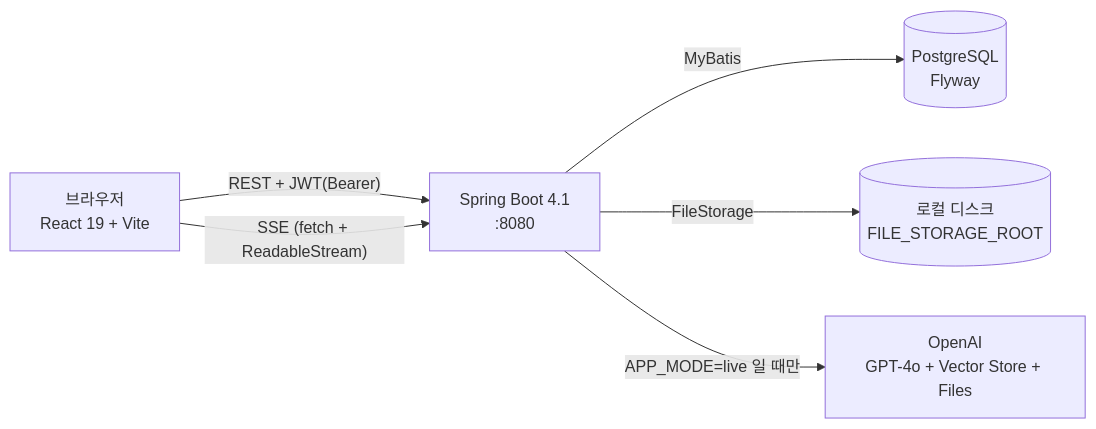
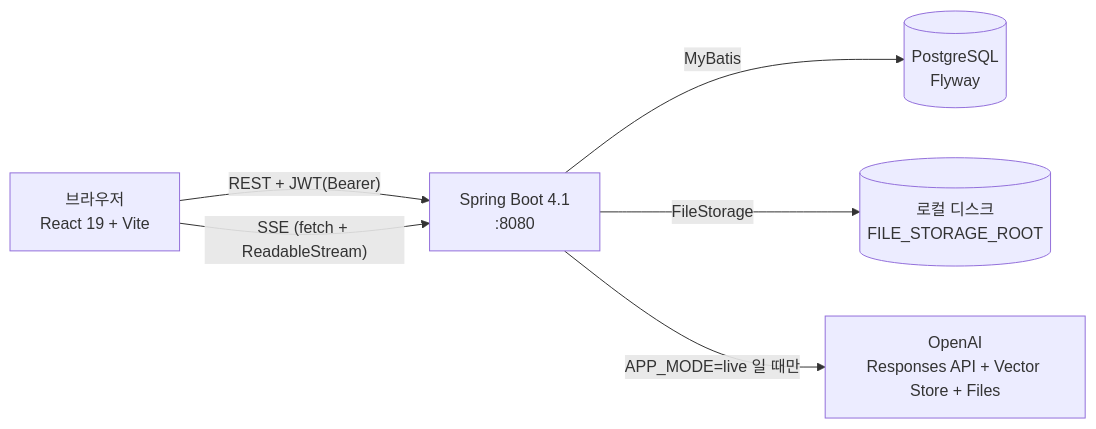
The first of 2 diagrams in docs/02_architecture/overview.md (changs0124/rag-chatbot), drawn with Mermaid before and after one commit. The commit also changed other lines of this file and 16 other files, not shown here.

````diff
--- a/docs/02_architecture/overview.md
+++ b/docs/02_architecture/overview.md
@@ -10,14 +10,14 @@
 ```mermaid
 flowchart LR
   B["브라우저<br/>React 19 + Vite"]
   A["Spring Boot 4.1<br/>:8080"]
   D[("PostgreSQL<br/>Flyway")]
   F[("로컬 디스크<br/>FILE_STORAGE_ROOT")]
-  O["OpenAI<br/>GPT-4o + Vector Store + Files"]
+  O["OpenAI<br/>Responses API + Vector Store + Files"]
 
   B -- "REST + JWT(Bearer)" --> A
   B -- "SSE (fetch + ReadableStream)" --> A
   A -- MyBatis --> D
   A -- FileStorage --> F
   A -- "APP_MODE=live 일 때만" --> O
 ```
````
